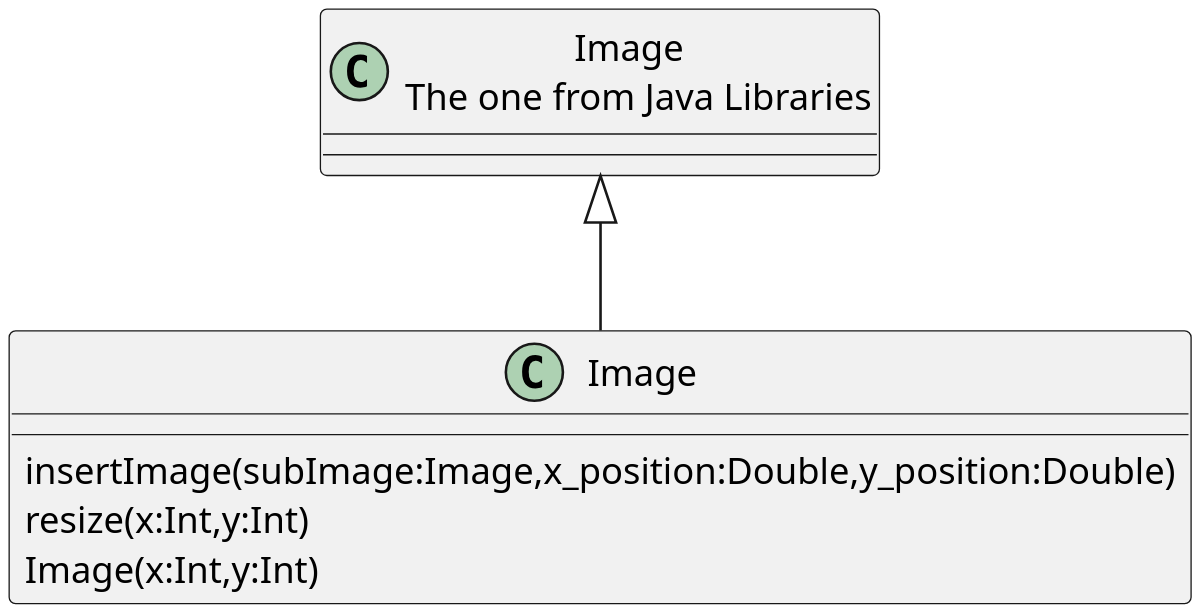
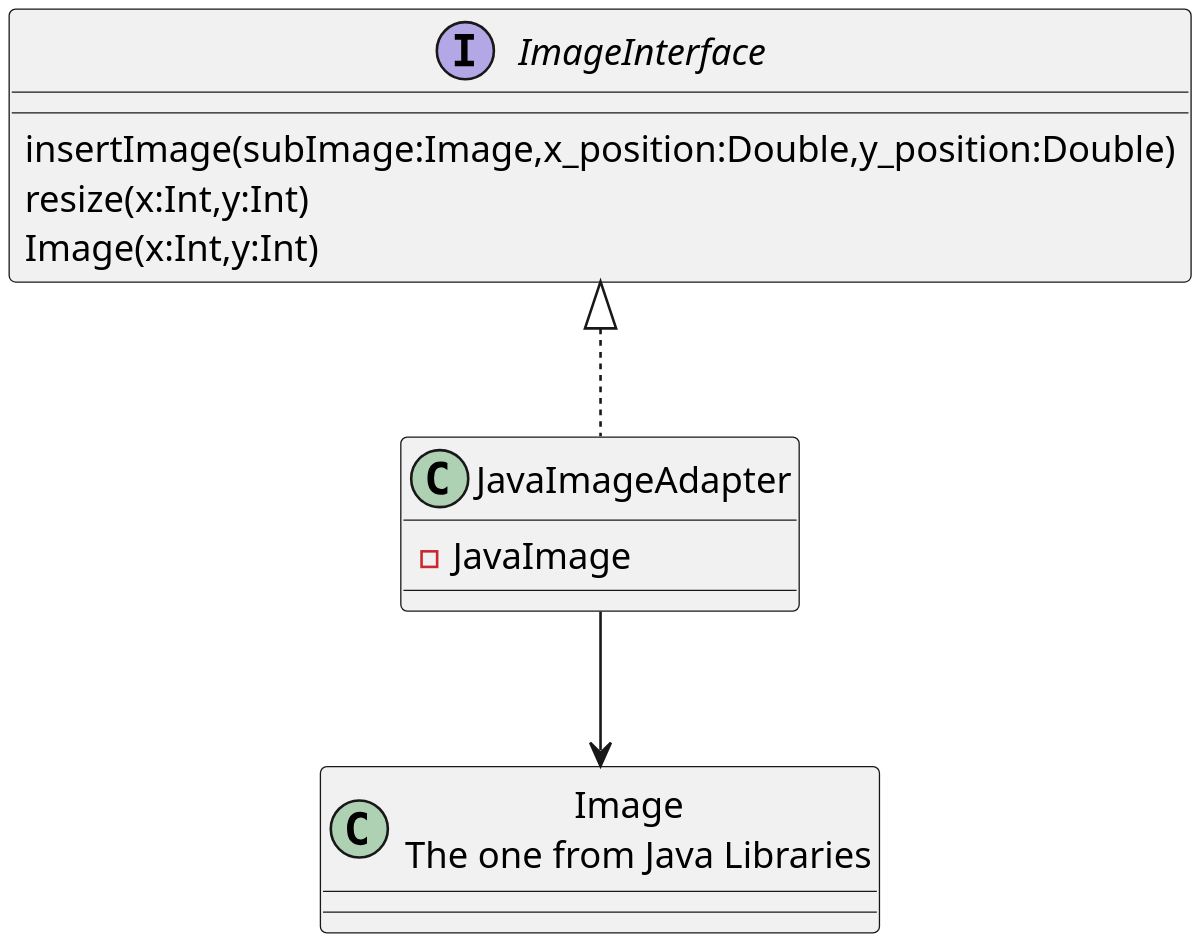
The diagram in Structure_UML/Image.org (MatthewBregg/DesignPatternsRepo), drawn with PlantUML before and after one commit. The commit also changed other lines of this file and 1 other file, not shown here.

Commit message:
Updated the Image interface

```diff
--- a/Structure_UML/Image.org
+++ b/Structure_UML/Image.org
@@ -2,16 +2,21 @@
 #+BEGIN_SRC plantuml :file ImageClass.png
 skinparam dpi 300
 
 class JavaImage as "Image \n The one from Java Libraries"
 
-JavaImage <|-- Image
 
-class Image 
+Interface ImageInterface
 
-Image : insertImage(subImage:Image,x_position:Double,y_position:Double)
+ImageInterface : insertImage(subImage:Image,x_position:Double,y_position:Double)
 
-Image : resize(x:Int,y:Int)
+ImageInterface : resize(x:Int,y:Int)
 
-Image : Image(x:Int,y:Int)
+ImageInterface : Image(x:Int,y:Int)
+
+class JavaImageAdapter
+JavaImageAdapter : -JavaImage
+
+ImageInterface <|.. JavaImageAdapter 
+JavaImageAdapter --> JavaImage
 
 #+END_SRC
```
